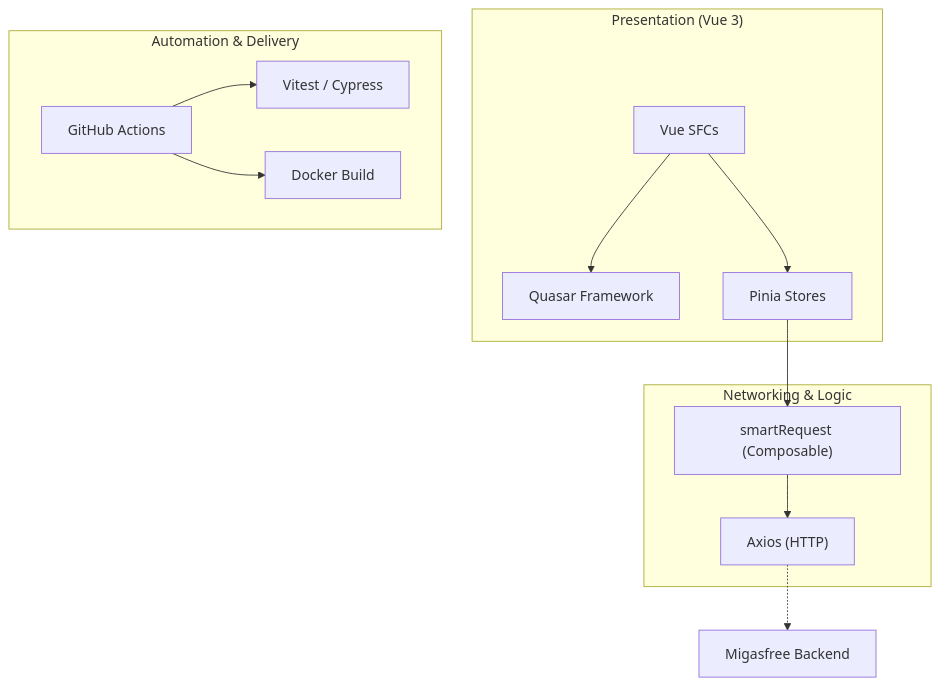
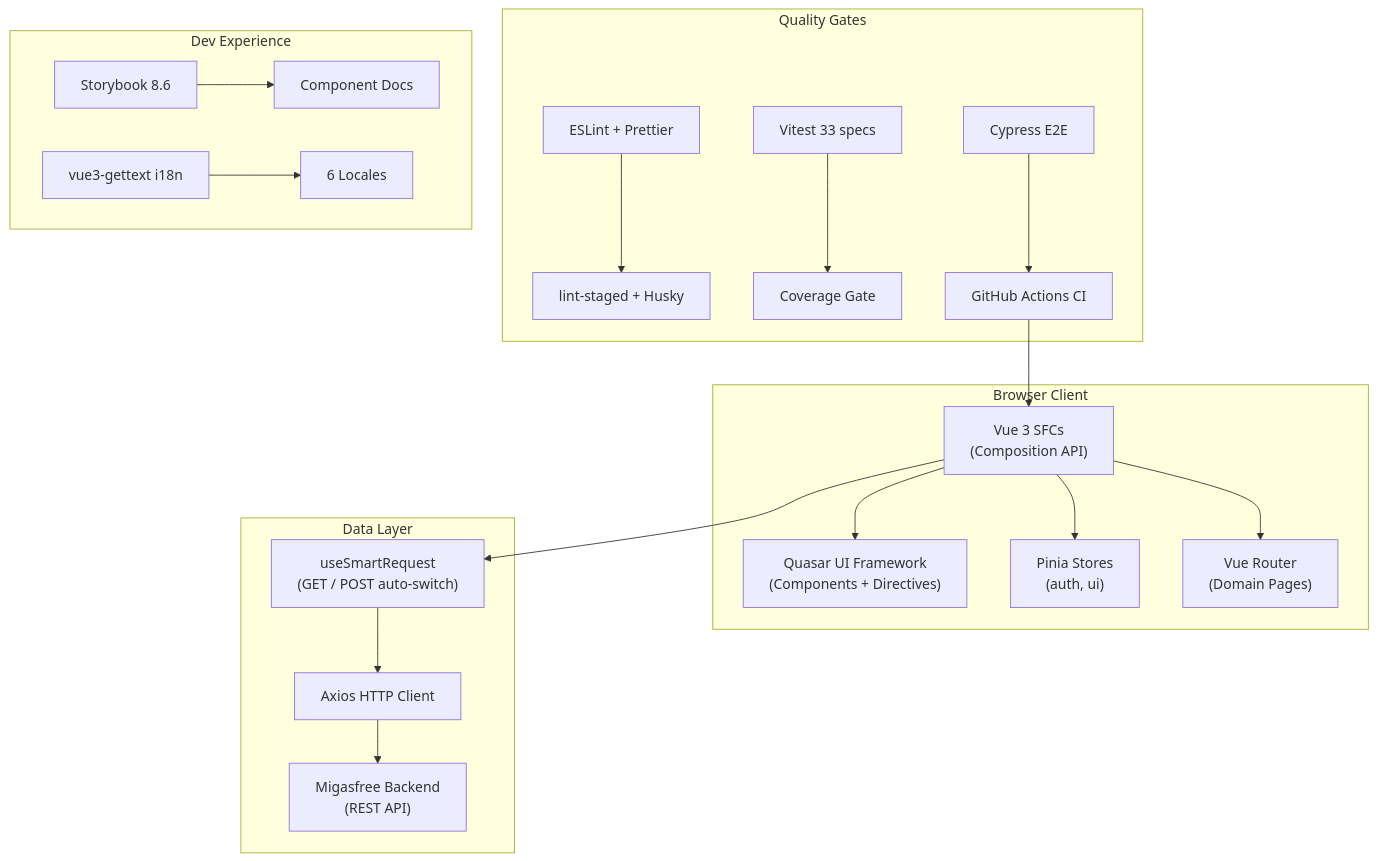
Before and after one commit to migasfree/migasfree-frontend: the first of 5 diagrams in docs/governance/audits/strategic_audit_report.md, drawn with Mermaid. The commit also changed other lines of this file, not shown here.

First line of the commit message:
docs(audit): add strategic audit report for migasfree-frontend

````diff
--- a/docs/governance/audits/strategic_audit_report.md
+++ b/docs/governance/audits/strategic_audit_report.md
@@ -24,19 +40,27 @@
 ```mermaid
 graph TD
-    subgraph "Presentation (Vue 3)"
-        V["Vue SFCs"] --> Q["Quasar Framework"]
-        V --> P["Pinia Stores"]
+    subgraph "Browser Client"
+        A["Vue 3 SFCs\n(Composition API)"] --> B["Quasar UI Framework\n(Components + Directives)"]
+        A --> C["Pinia Stores\n(auth, ui)"]
+        A --> D["Vue Router\n(Domain Pages)"]
     end
 
-    subgraph "Networking & Logic"
-        P --> SR["smartRequest (Composable)"]
-        SR --> AX["Axios (HTTP)"]
+    subgraph "Data Layer"
+        E["useSmartRequest\n(GET / POST auto-switch)"] --> F["Axios HTTP Client"]
+        F --> G["Migasfree Backend\n(REST API)"]
     end
 
-    subgraph "Automation & Delivery"
-        GH["GitHub Actions"] --> VT["Vitest / Cypress"]
-        GH --> DB["Docker Build"]
+    subgraph "Quality Gates"
+        H["ESLint + Prettier"] --> I["lint-staged + Husky"]
+        J["Vitest 33 specs"] --> K["Coverage Gate"]
+        L["Cypress E2E"] --> M["GitHub Actions CI"]
     end
 
-    AX -.-> MB["Migasfree Backend"]
+    subgraph "Dev Experience"
+        N["Storybook 8.6"] --> O["Component Docs"]
+        P["vue3-gettext i18n"] --> Q["6 Locales"]
+    end
+
+    A --> E
+    M --> A
 ```
````
